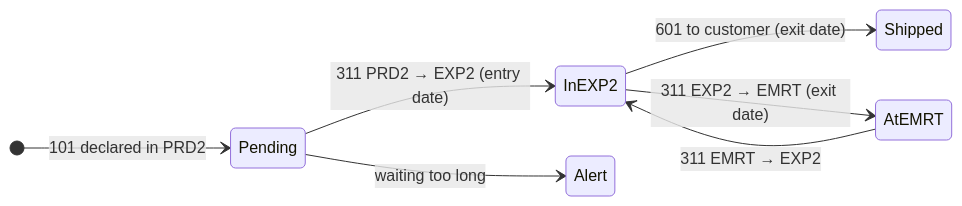
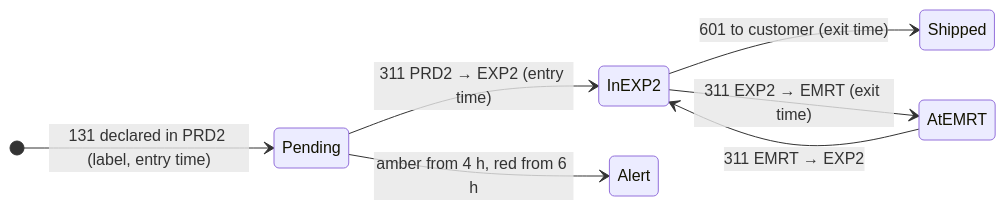
The second of 2 diagrams in README.md (Mehdi007bond/WMS_exp_zone), drawn with Mermaid before and after one commit. The commit also changed other lines of this file and 24 other files, not shown here.

````diff
--- a/README.md
+++ b/README.md
@@ -88,10 +170,10 @@
 ```mermaid
 stateDiagram-v2
   direction LR
-  [*] --> Pending: 101 declared in PRD2
-  Pending --> InEXP2: 311 PRD2 → EXP2 (entry date)
-  InEXP2 --> Shipped: 601 to customer (exit date)
-  InEXP2 --> AtEMRT: 311 EXP2 → EMRT (exit date)
+  [*] --> Pending: 131 declared in PRD2 (label, entry time)
+  Pending --> InEXP2: 311 PRD2 → EXP2 (entry time)
+  InEXP2 --> Shipped: 601 to customer (exit time)
+  InEXP2 --> AtEMRT: 311 EXP2 → EMRT (exit time)
   AtEMRT --> InEXP2: 311 EMRT → EXP2
-  Pending --> Alert: waiting too long
+  Pending --> Alert: amber from 4 h, red from 6 h
 ```
````
